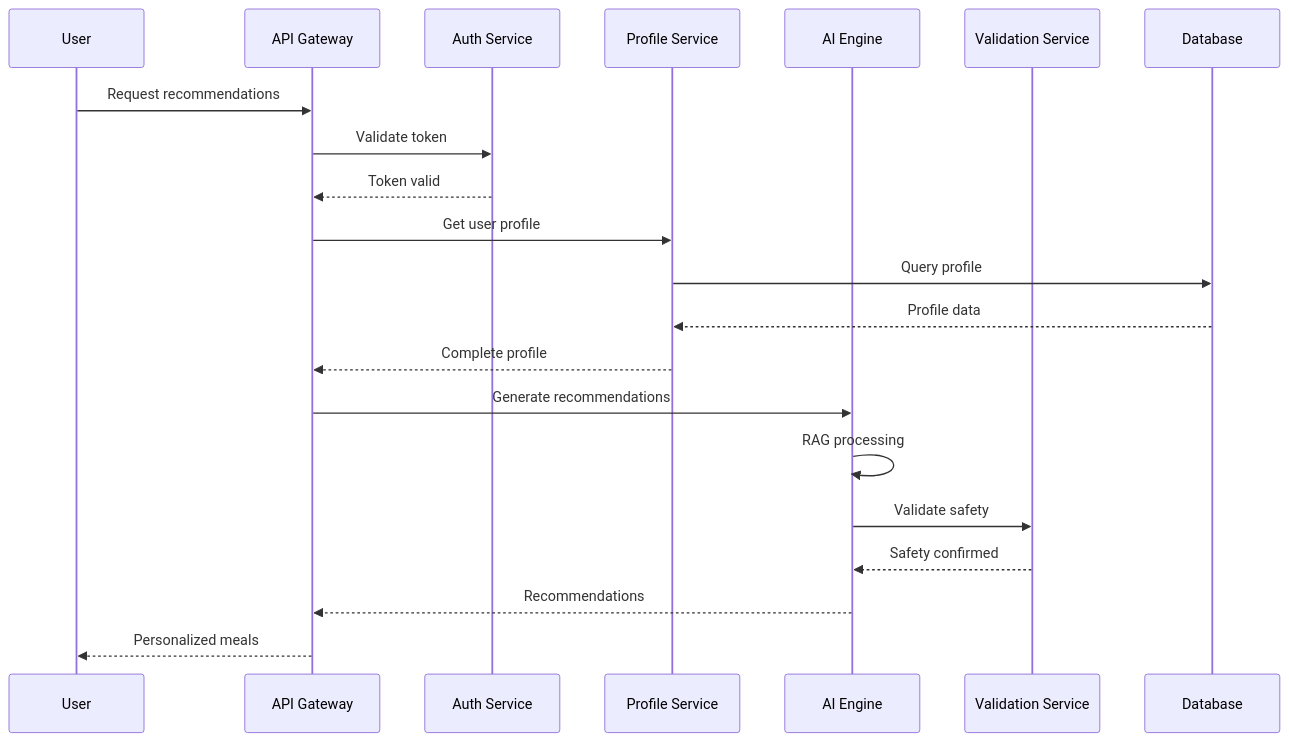
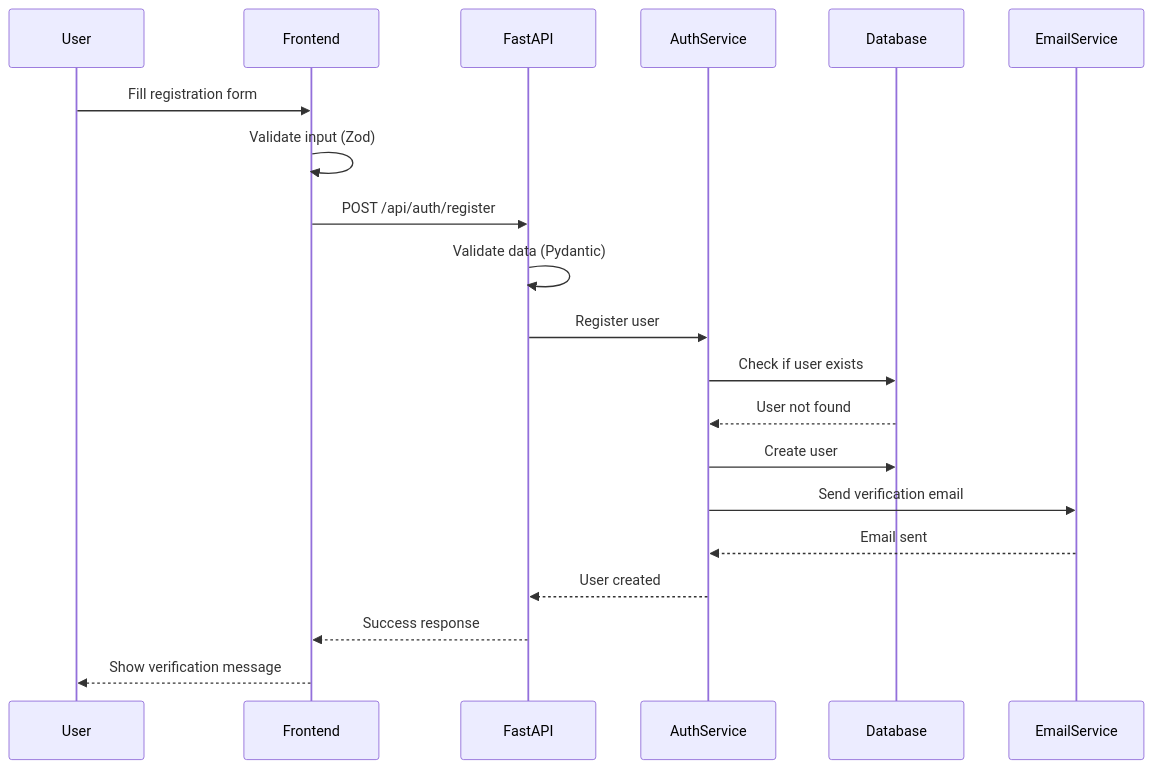
One commit to Asoingbob225/CSC510 changed the third of 9 diagrams in proj2/docs/3-DESIGN/3.1-SAD/SAD-MASTER.md. Above: the diagram before and after it, drawn with Mermaid. The commit also changed other lines of this file and 22 other files, not shown here.

````diff
--- a/proj2/docs/3-DESIGN/3.1-SAD/SAD-MASTER.md
+++ b/proj2/docs/3-DESIGN/3.1-SAD/SAD-MASTER.md
@@ -242,27 +229,23 @@
 ```mermaid
 sequenceDiagram
     participant U as User
-    participant API as API Gateway
-    participant Auth as Auth Service
-    participant Prof as Profile Service
-    participant AI as AI Engine
-    participant Val as Validation Service
+    participant F as Frontend
+    participant API as FastAPI
+    participant Auth as AuthService
     participant DB as Database
-
-    U->>API: Request recommendations
-    API->>Auth: Validate token
-    Auth-->>API: Token valid
-
-    API->>Prof: Get user profile
-    Prof->>DB: Query profile
-    DB-->>Prof: Profile data
-    Prof-->>API: Complete profile
-
-    API->>AI: Generate recommendations
-    AI->>AI: RAG processing
-    AI->>Val: Validate safety
-    Val-->>AI: Safety confirmed
-    AI-->>API: Recommendations
-
-    API-->>U: Personalized meals
+    participant Email as EmailService
+    
+    U->>F: Fill registration form
+    F->>F: Validate input (Zod)
+    F->>API: POST /api/auth/register
+    API->>API: Validate data (Pydantic)
+    API->>Auth: Register user
+    Auth->>DB: Check if user exists
+    DB-->>Auth: User not found
+    Auth->>DB: Create user
+    Auth->>Email: Send verification email
+    Email-->>Auth: Email sent
+    Auth-->>API: User created
+    API-->>F: Success response
+    F-->>U: Show verification message
 ```
````
